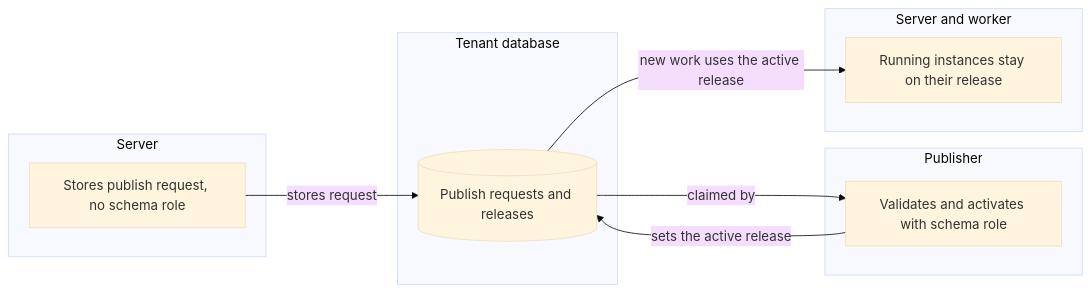
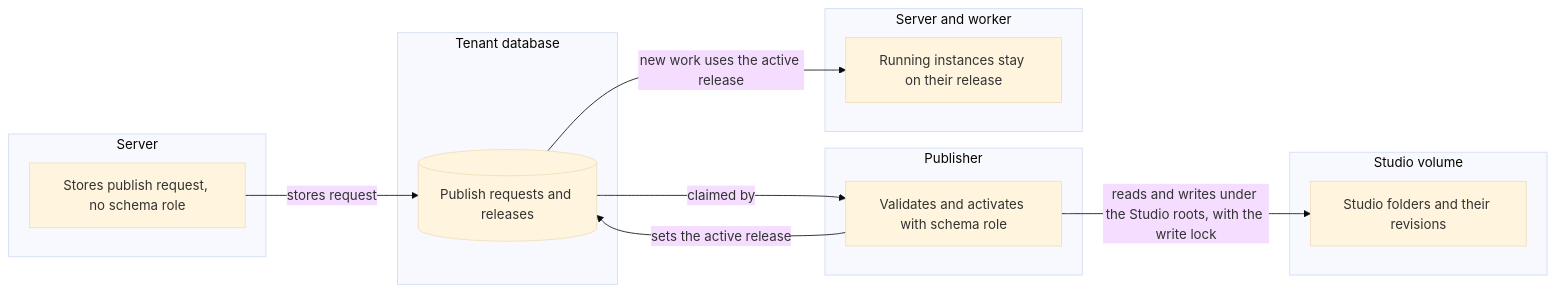
Before and after one commit to phuongnse/axis: the tenth of 22 diagrams in docs/reference/threat-model-product.md, drawn with Mermaid (base theme). The commit also changed other lines of this file and 18 other files, not shown here.

First line of the commit message:
The publisher mounts the Studio folders and their revision repositories (#3128)

````diff
--- a/docs/reference/threat-model-product.md
+++ b/docs/reference/threat-model-product.md
@@ -268,19 +268,23 @@
 ```mermaid
 flowchart LR
     subgraph server [Server]
         Request[Stores publish request, no schema role]
     end
     subgraph tenantdb [Tenant database]
         Requests[(Publish requests and releases)]
     end
     subgraph publisher [Publisher]
         Activate[Validates and activates with schema role]
     end
+    subgraph studiofolders [Studio volume]
+        Folders[Studio folders and their revisions]
+    end
     subgraph running [Server and worker]
         Instances[Running instances stay on their release]
     end
     Request -->|stores request| Requests
+    Activate -->|reads and writes under the Studio roots, with the write lock| Folders
     Requests -->|claimed by| Activate
     Activate -->|sets the active release| Requests
     Requests -->|new work uses the active release| Instances
 ```
````
